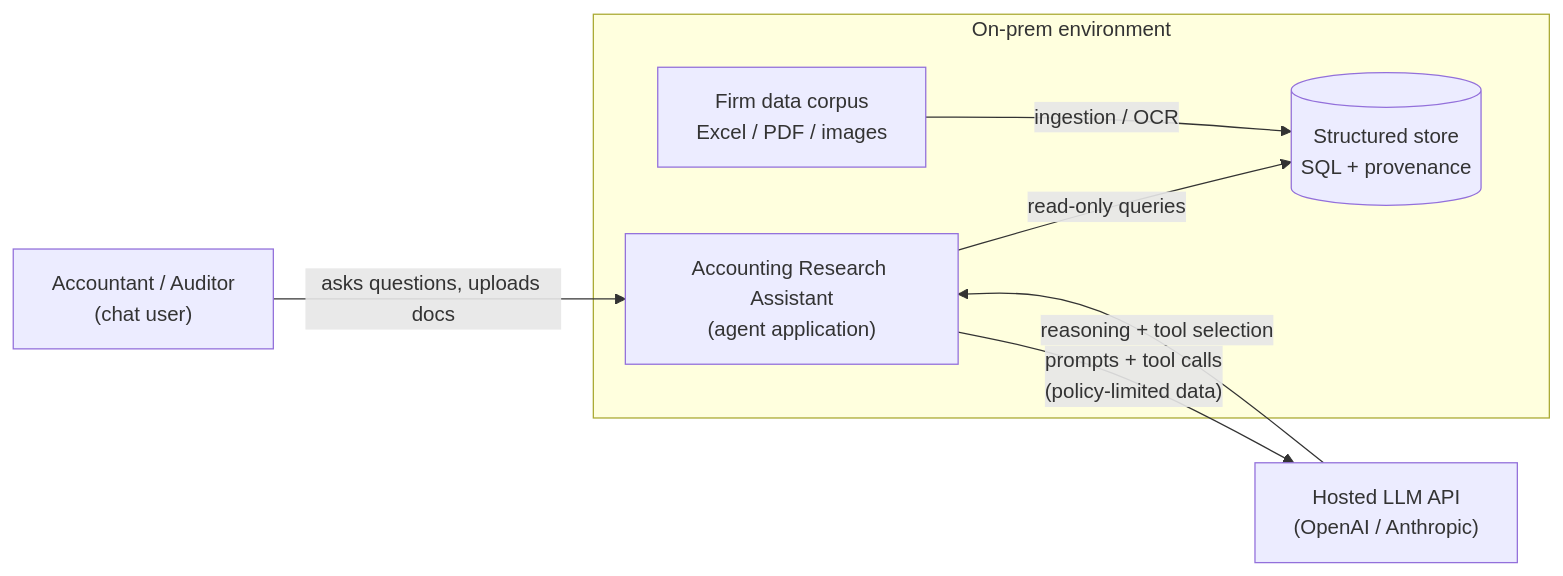
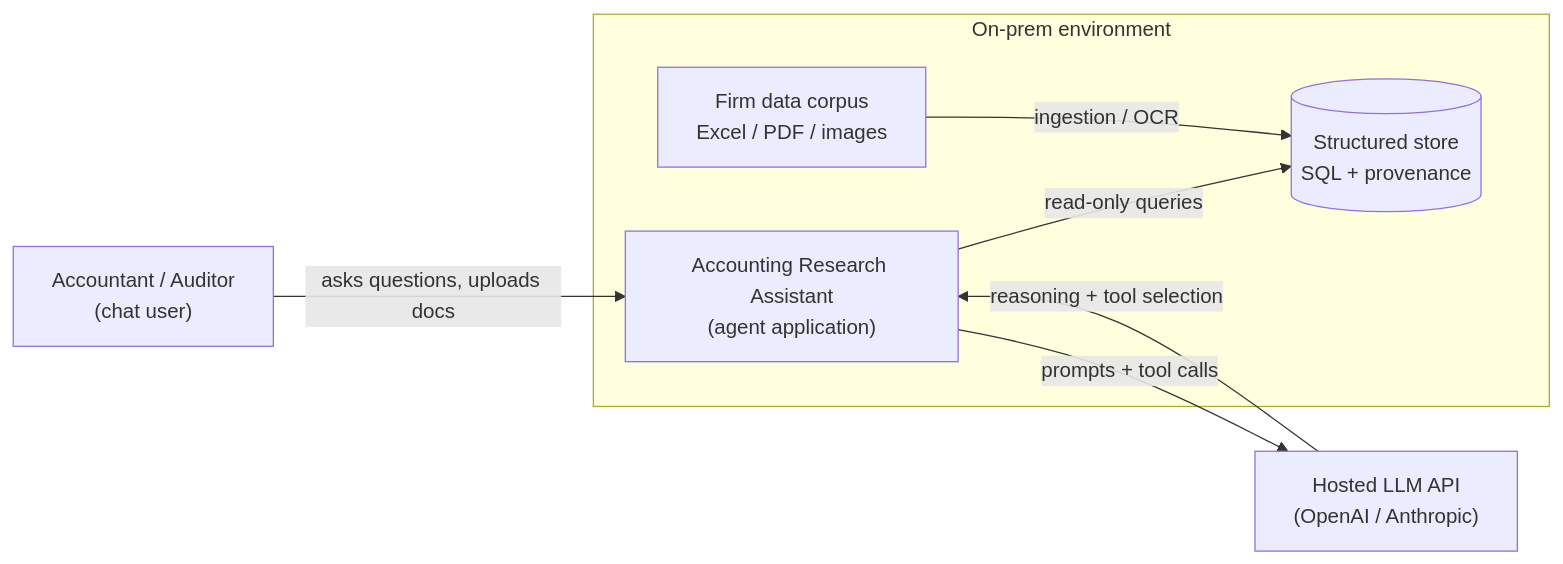
Before and after one commit to mahdiansarisadr/AccountingResearcher: the first of 5 diagrams in docs/TDD.md, drawn with Mermaid. The commit also changed other lines of this file, not shown here.

Commit message:
Remove data-privacy concerns from TDD; refine guardrail middleware; renumber ADRs

````diff
--- a/docs/TDD.md
+++ b/docs/TDD.md
@@ -35,16 +34,16 @@
 ```mermaid
 flowchart LR
     researcher["Accountant / Auditor<br/>(chat user)"]
     subgraph onprem["On-prem environment"]
         app["Accounting Research Assistant<br/>(agent application)"]
         store[("Structured store<br/>SQL + provenance")]
         files["Firm data corpus<br/>Excel / PDF / images"]
     end
     llm["Hosted LLM API<br/>(OpenAI / Anthropic)"]
 
     researcher -->|"asks questions, uploads docs"| app
     app -->|"read-only queries"| store
     files -->|"ingestion / OCR"| store
-    app -->|"prompts + tool calls<br/>(policy-limited data)"| llm
+    app -->|"prompts + tool calls"| llm
     llm -->|"reasoning + tool selection"| app
 ```
````
